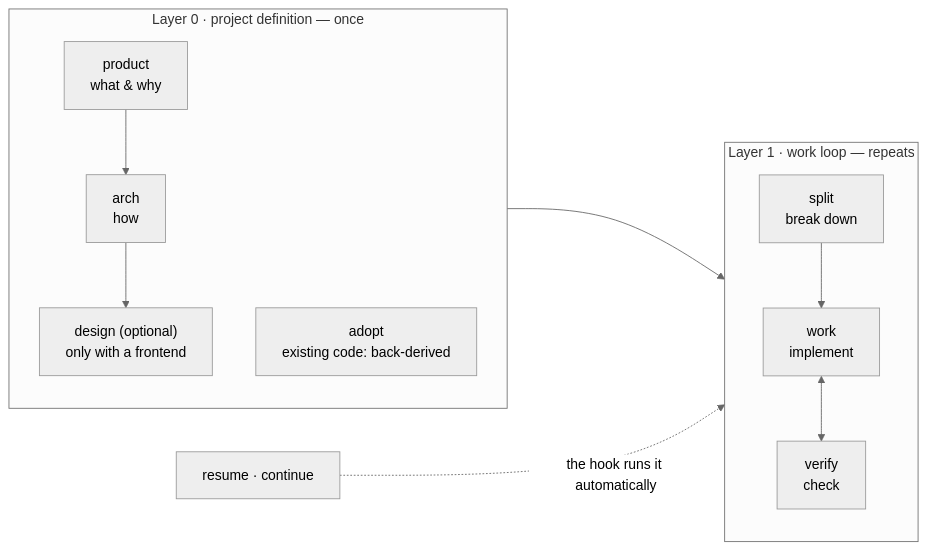
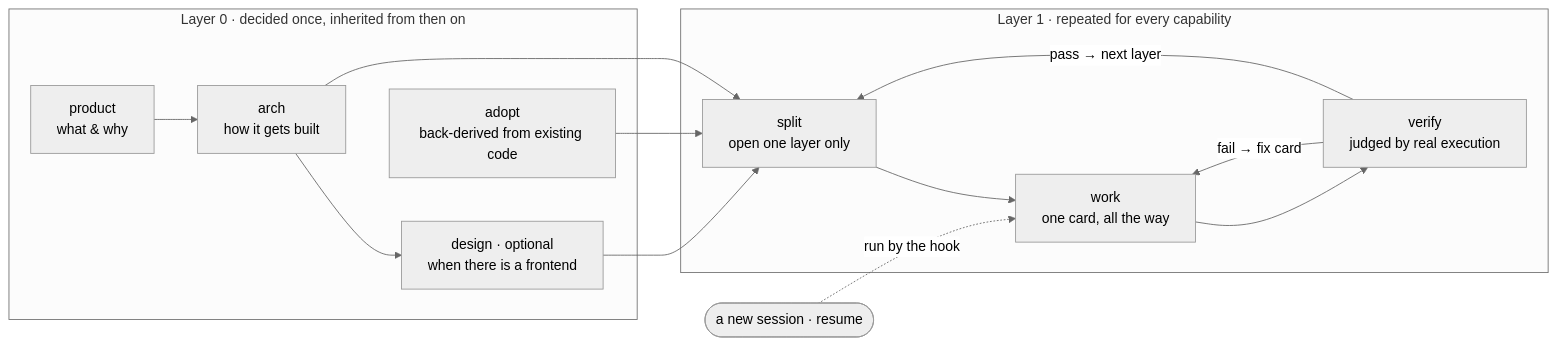
The first of 5 diagrams in README.md (nanomia-ai/devflow), drawn with Mermaid (neutral theme) before and after one commit. The commit also changed other lines of this file and 5 other files, not shown here.

````diff
--- a/README.md
+++ b/README.md
@@ -56,12 +41,18 @@
 ```mermaid
 flowchart LR
-    subgraph L0["Layer 0 · project definition — once"]
-        P[product<br>what & why] --> A[arch<br>how] --> D["design (optional)<br>only with a frontend"]
-        AD["adopt<br>existing code: back-derived"]
+    subgraph L0["Layer 0 · decided once, inherited from then on"]
+        P["product<br>what & why"] --> A["arch<br>how it gets built"]
+        A --> D["design · optional<br>when there is a frontend"]
+        AD["adopt<br>back-derived from existing code"]
     end
-    subgraph L1["Layer 1 · work loop — repeats"]
-        S[split<br>break down] --> W[work<br>implement] <--> V[verify<br>check]
+    subgraph L1["Layer 1 · repeated for every capability"]
+        S["split<br>open one layer only"] --> W["work<br>one card, all the way"]
+        W --> V["verify<br>judged by real execution"]
+        V -->|"fail → fix card"| W
+        V -->|"pass → next layer"| S
     end
-    L0 --> L1
-    R[resume · continue] -.->|the hook runs it automatically| L1
+    A --> S
+    D --> S
+    AD --> S
+    R(["a new session · resume"]) -.->|"run by the hook"| W
 ```
````
